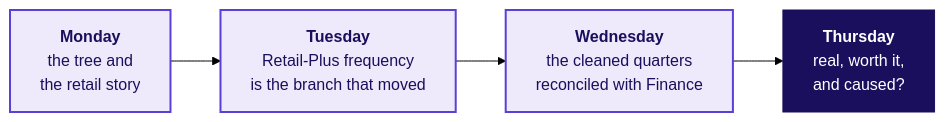
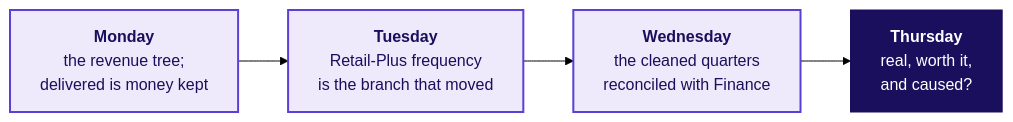
One commit to fde-academy-lab/c2-content-factory changed the second of 30 diagrams in content/W01/D4/slides/C2_W01_D04_half1_STUDENT.md. Above: the diagram before and after it, drawn with Mermaid (forest theme). The commit also changed other lines of this file and 1 other file, not shown here.

````diff
--- a/content/W01/D4/slides/C2_W01_D04_half1_STUDENT.md
+++ b/content/W01/D4/slides/C2_W01_D04_half1_STUDENT.md
@@ -110,10 +133,10 @@
 ```mermaid
 flowchart LR
-    M["<b>Monday</b><br/>the tree and<br/>the retail story"] --> T["<b>Tuesday</b><br/>Retail-Plus frequency<br/>is the branch that moved"]
+    M["<b>Monday</b><br/>the revenue tree;<br/>delivered is money kept"] --> T["<b>Tuesday</b><br/>Retail-Plus frequency<br/>is the branch that moved"]
     T --> W["<b>Wednesday</b><br/>the cleaned quarters<br/>reconciled with Finance"]
     W --> R["<b>Thursday</b><br/>real, worth it,<br/>and caused?"]
     classDef known fill:#EEEAFB,stroke:#5B3FD6,color:#1A0F5C,stroke-width:2px
     classDef bet fill:#1A0F5C,stroke:#1A0F5C,color:#FFFFFF
     class M,T,W known
     class R bet
 ```
````
